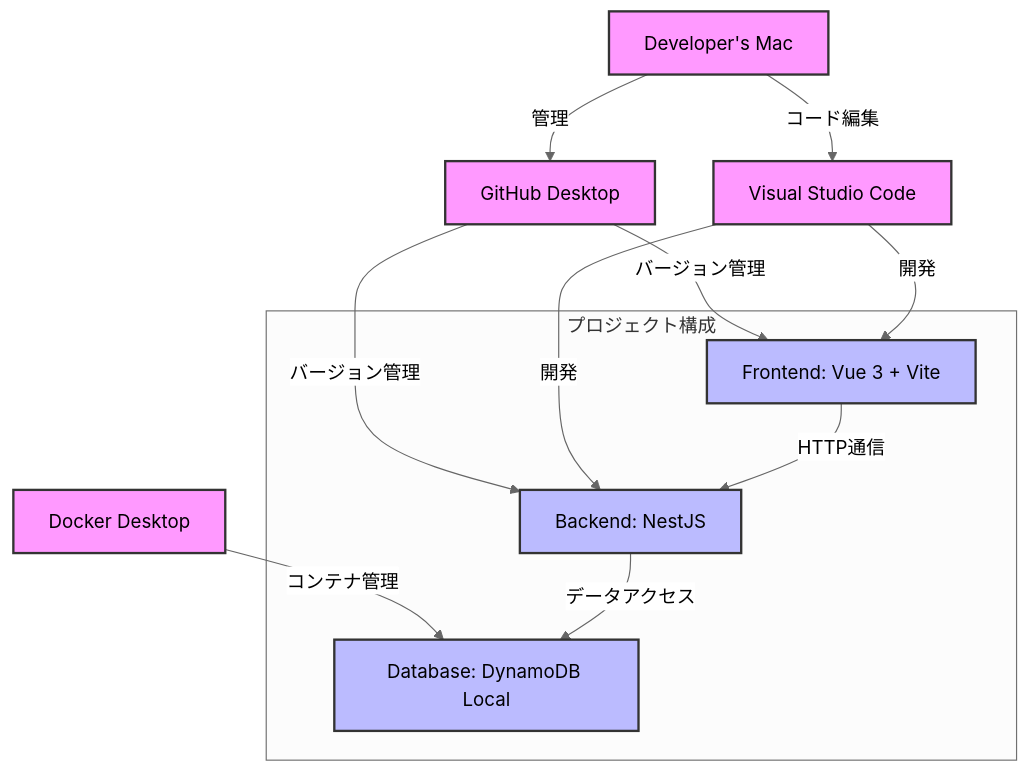
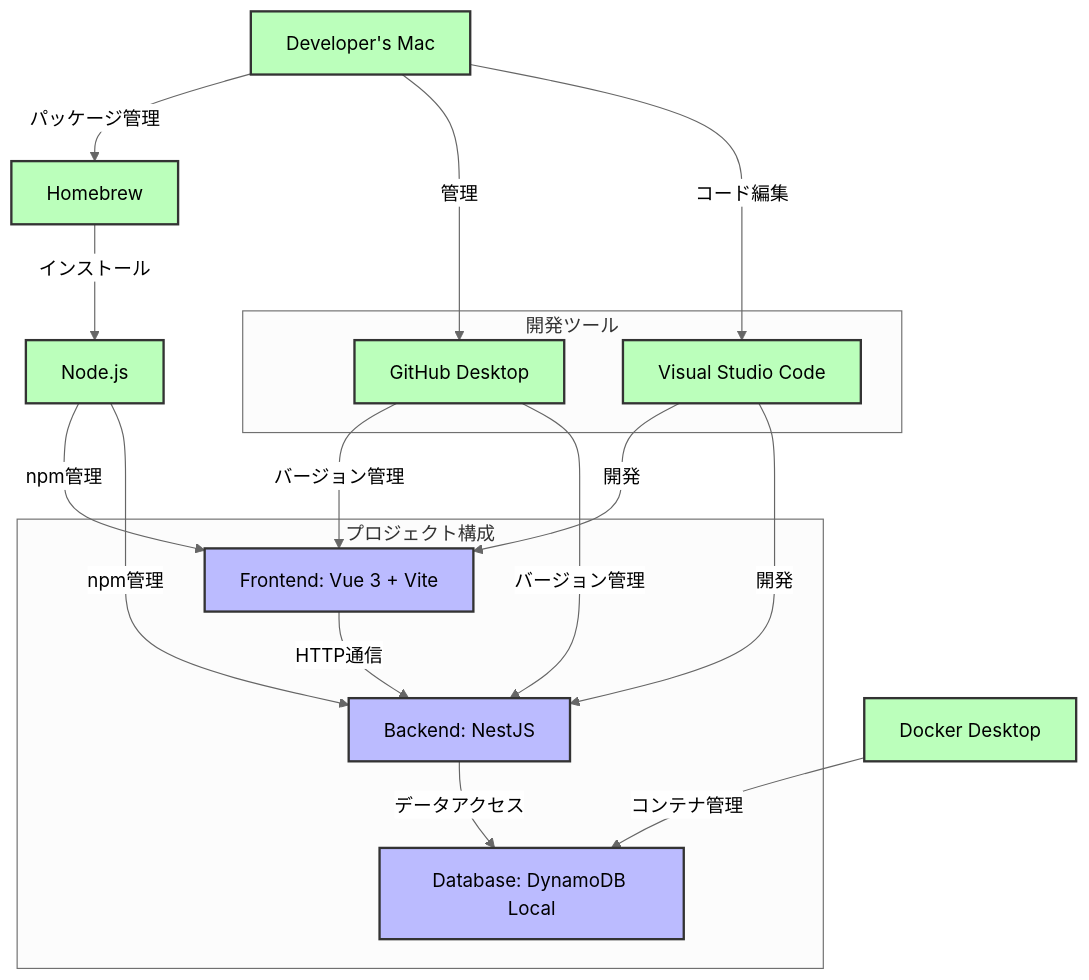
Before and after one commit to aq35/sample_manual: the diagram in README.md, drawn with Mermaid (neutral theme).

Commit message:
README.md を更新

````diff
--- a/README.md
+++ b/README.md
@@ -7,28 +7,40 @@
 ```mermaid
 graph TD
-    A[Developer's Mac] --> |管理| B[GitHub Desktop]
-    A --> |コード編集| C[Visual Studio Code]
+    A[Developer's Mac] --> |パッケージ管理| H[Homebrew]
+    H --> |インストール| I[Node.js]
+    
+    subgraph 開発ツール
+        B[GitHub Desktop]
+        C[Visual Studio Code]
+    end
     
     subgraph プロジェクト構成
         D[Frontend: Vue 3 + Vite] 
         E[Backend: NestJS]
         F[Database: DynamoDB Local]
     end
+    
+    A --> |管理| B
+    A --> |コード編集| C
+    
+    I --> |npm管理| D
+    I --> |npm管理| E
     
     B --> |バージョン管理| D
     B --> |バージョン管理| E
     
     C --> |開発| D
     C --> |開発| E
     
     G[Docker Desktop] --> |コンテナ管理| F
     
     D --> |HTTP通信| E
     E --> |データアクセス| F
     
     classDef tool fill:#f9f,stroke:#333,stroke-width:2px;
     classDef service fill:#bbf,stroke:#333,stroke-width:2px;
+    classDef infrastructure fill:#bfb,stroke:#333,stroke-width:2px;
     
-    class A,B,C,G tool;
+    class A,B,C,G,H,I infrastructure;
     class D,E,F service;
 ```
````
